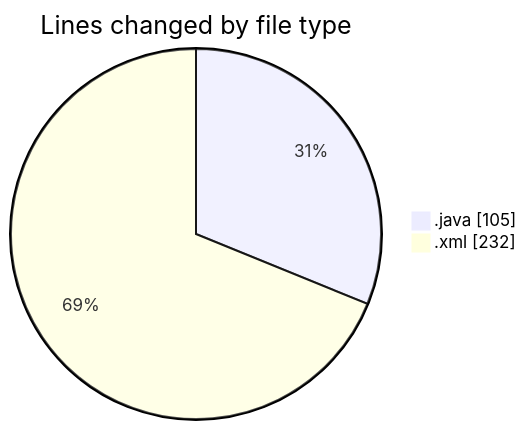
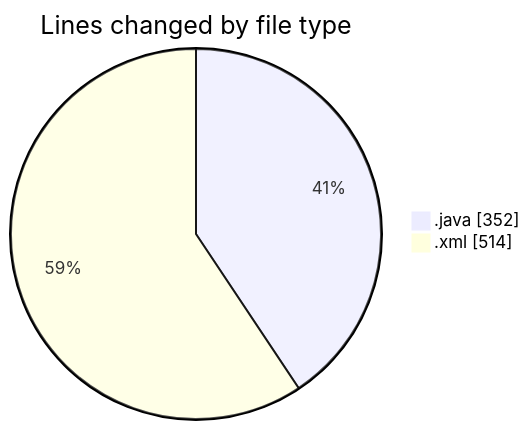
Before and after one commit to ricardozamudiocil/code-tracking: the first of 2 diagrams in 2026-10-26/cilreports__workspace_/README.md, drawn with Mermaid. The commit also changed other lines of this file and 1 other file, not shown here.

````diff
--- a/2026-10-26/cilreports__workspace_/README.md
+++ b/2026-10-26/cilreports__workspace_/README.md
@@ -22,6 +28,6 @@
 ```mermaid
 pie showData
 title Lines changed by file type
-".java" : 105
-".xml" : 232
+".java" : 352
+".xml" : 514
 ```
````
